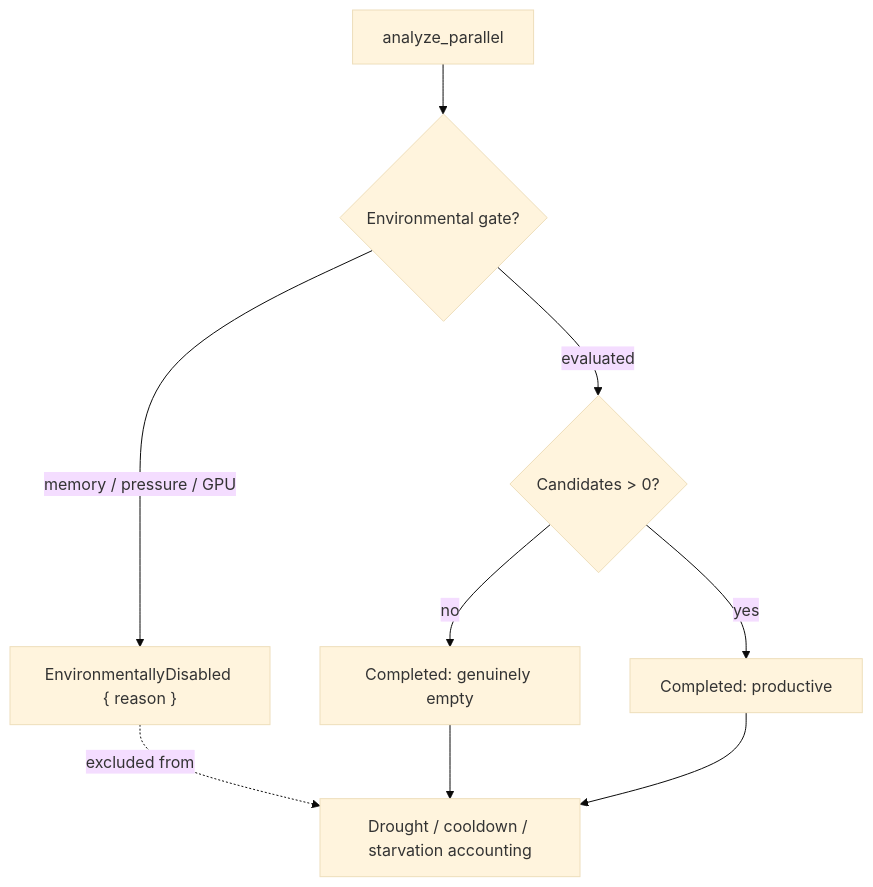
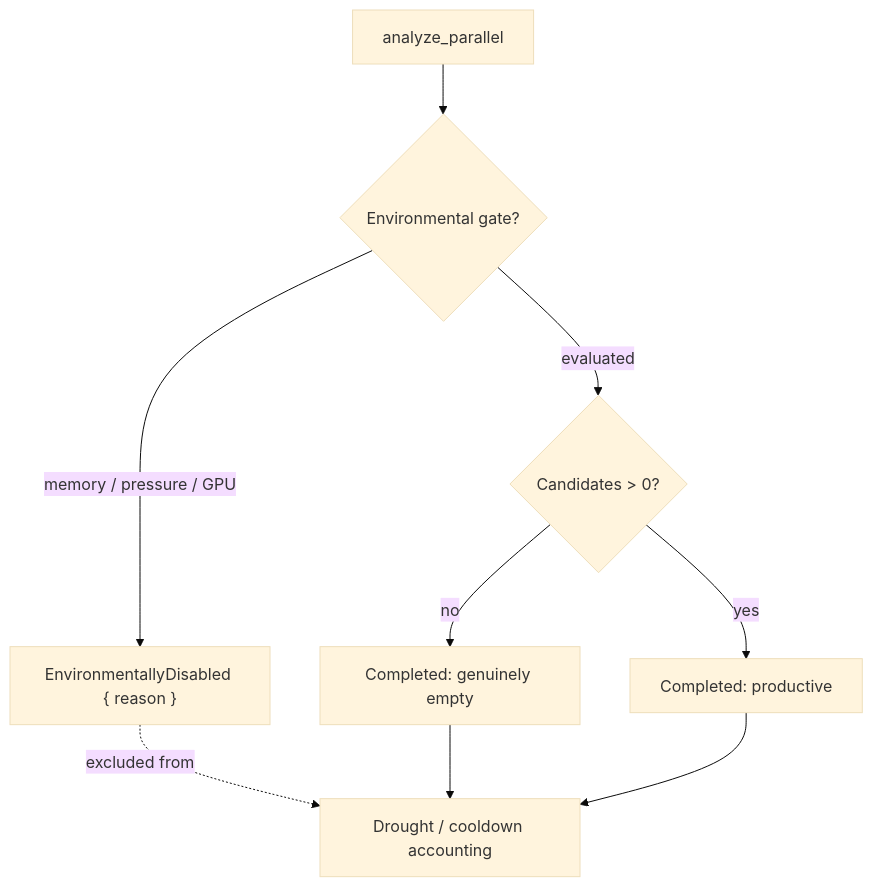
Before and after one commit to stSoftwareAU/NEAT-AI-Discovery: the first of 3 diagrams in docs/DROUGHT_PLAYBOOK.md, drawn with Mermaid (base theme). The commit also changed other lines of this file and 26 other files, not shown here.

````diff
--- a/docs/DROUGHT_PLAYBOOK.md
+++ b/docs/DROUGHT_PLAYBOOK.md
@@ -152,11 +151,11 @@
 ```mermaid
 flowchart TD
     A[analyze_parallel] --> B{Environmental gate?}
     B -- "memory / pressure / GPU" --> C["EnvironmentallyDisabled { reason }"]
     B -- evaluated --> D{Candidates > 0?}
     D -- yes --> E["Completed: productive"]
     D -- no --> F["Completed: genuinely empty"]
-    C -. excluded from .-> G[Drought / cooldown / starvation accounting]
+    C -. excluded from .-> G[Drought / cooldown accounting]
     F --> G
     E --> G
 ```
````
